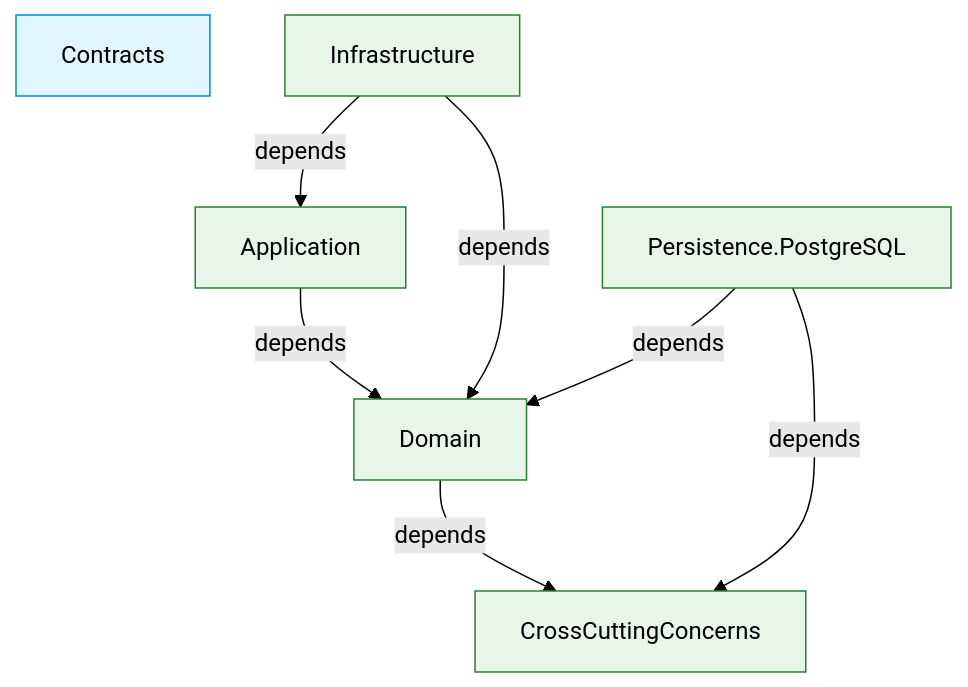
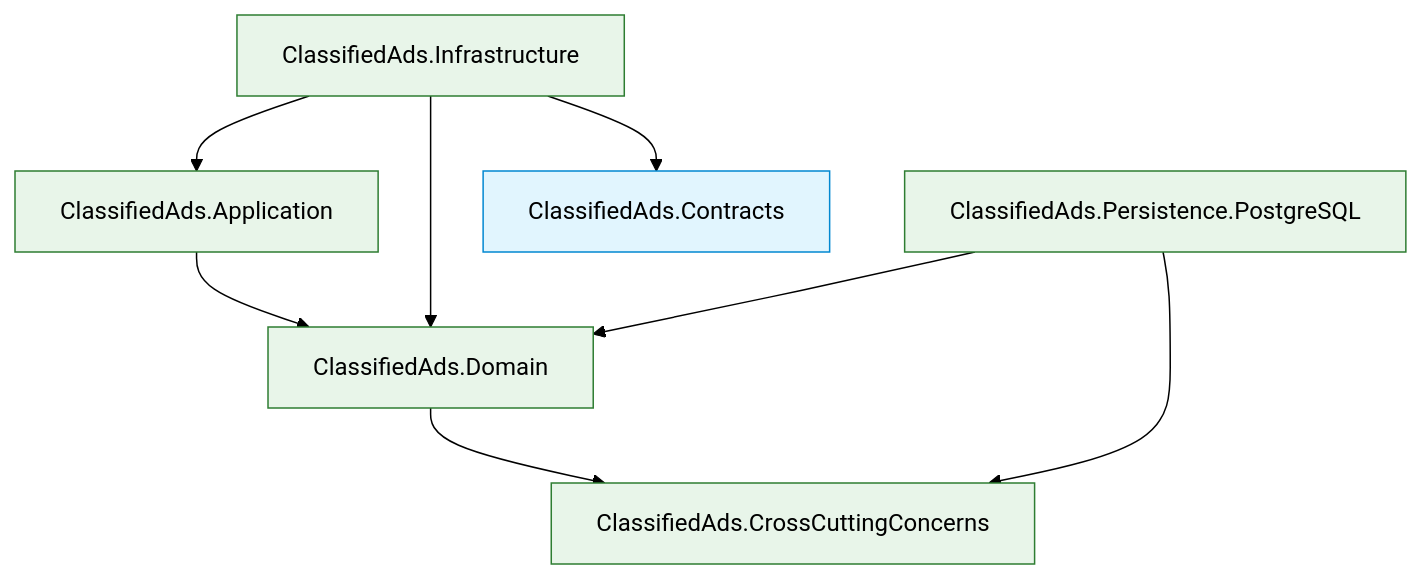
One commit to tinse-22/GSP26SE43.ModularMonolith changed the second of 5 diagrams in docs/architecture/UML_PACKAGE_DIAGRAM_SOURCE.md. Above: the diagram before and after it, drawn with Mermaid (forest theme). The commit also changed other lines of this file and 1 other file, not shown here.

Commit message:
docs: redraw package diagrams in Mermaid

````diff
--- a/docs/architecture/UML_PACKAGE_DIAGRAM_SOURCE.md
+++ b/docs/architecture/UML_PACKAGE_DIAGRAM_SOURCE.md
@@ -277,22 +162,23 @@
 ```mermaid
 flowchart TB
-    App["Application"]
-    Domain
-    CCC["CrossCuttingConcerns"]
-    Contracts
-    Infra["Infrastructure"]
-    PG["Persistence.PostgreSQL"]
+    Application["ClassifiedAds.Application"]
+    Domain["ClassifiedAds.Domain"]
+    CCC["ClassifiedAds.CrossCuttingConcerns"]
+    Infrastructure["ClassifiedAds.Infrastructure"]
+    Postgres["ClassifiedAds.Persistence.PostgreSQL"]
+    Contracts["ClassifiedAds.Contracts"]
 
-    App -->|depends| Domain
-    Domain -->|depends| CCC
-    Infra -->|depends| App
-    Infra -->|depends| Domain
-    PG -->|depends| Domain
-    PG -->|depends| CCC
+    Application --> Domain
+    Domain --> CCC
+    Infrastructure --> Application
+    Infrastructure --> Contracts
+    Infrastructure --> Domain
+    Postgres --> Domain
+    Postgres --> CCC
 
     classDef core fill:#E8F5E9,stroke:#2E7D32,color:#000
-    classDef contract fill:#E1F5FE,stroke:#0288D1,color:#000
+    classDef contracts fill:#E1F5FE,stroke:#0288D1,color:#000
 
-    class App,Domain,CCC,Infra,PG core
-    class Contracts contract
+    class Application,Domain,CCC,Infrastructure,Postgres core
+    class Contracts contracts
 ```
````
